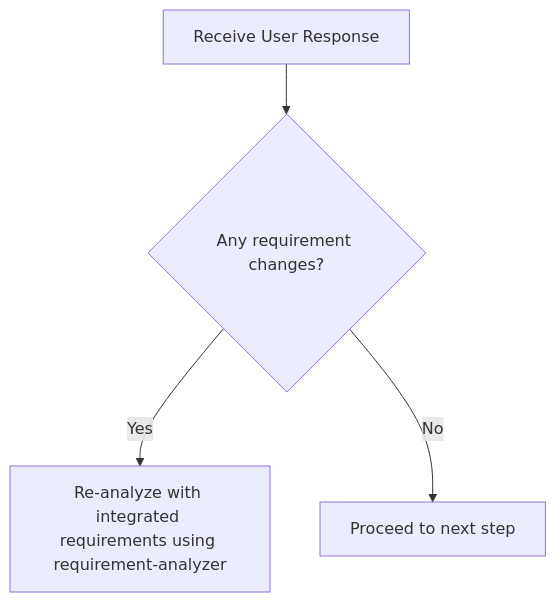
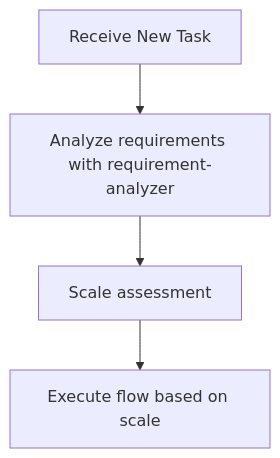
Before and after one commit to shinpr/ai-coding-project-boilerplate: the first of 2 diagrams in docs/guides/en/sub-agents.md, drawn with Mermaid. The commit also changed other lines of this file and 8 other files, not shown here.

````diff
--- a/docs/guides/en/sub-agents.md
+++ b/docs/guides/en/sub-agents.md
@@ -30,6 +25,6 @@
 ```mermaid
 graph TD
-    UserResponse[Receive User Response] --> RequirementCheck{Any requirement changes?}
-    RequirementCheck -->|Yes| BackToRA[Re-analyze with integrated requirements using requirement-analyzer]
-    RequirementCheck -->|No| NextStep[Proceed to next step]
+    Start[Receive New Task] --> RA[Analyze requirements with requirement-analyzer]
+    RA --> Scale[Scale assessment]
+    Scale --> Flow[Execute flow based on scale]
 ```
````
